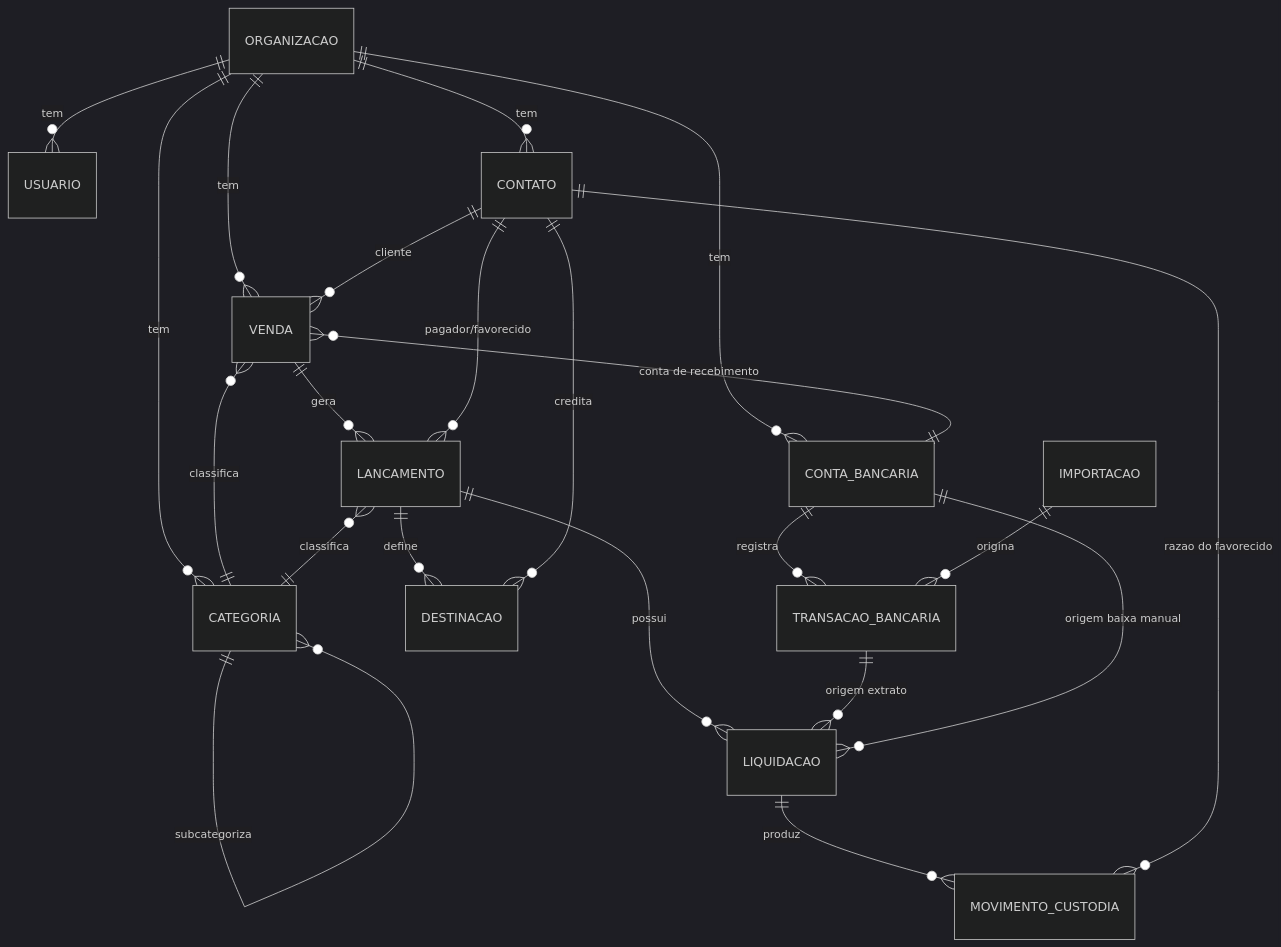
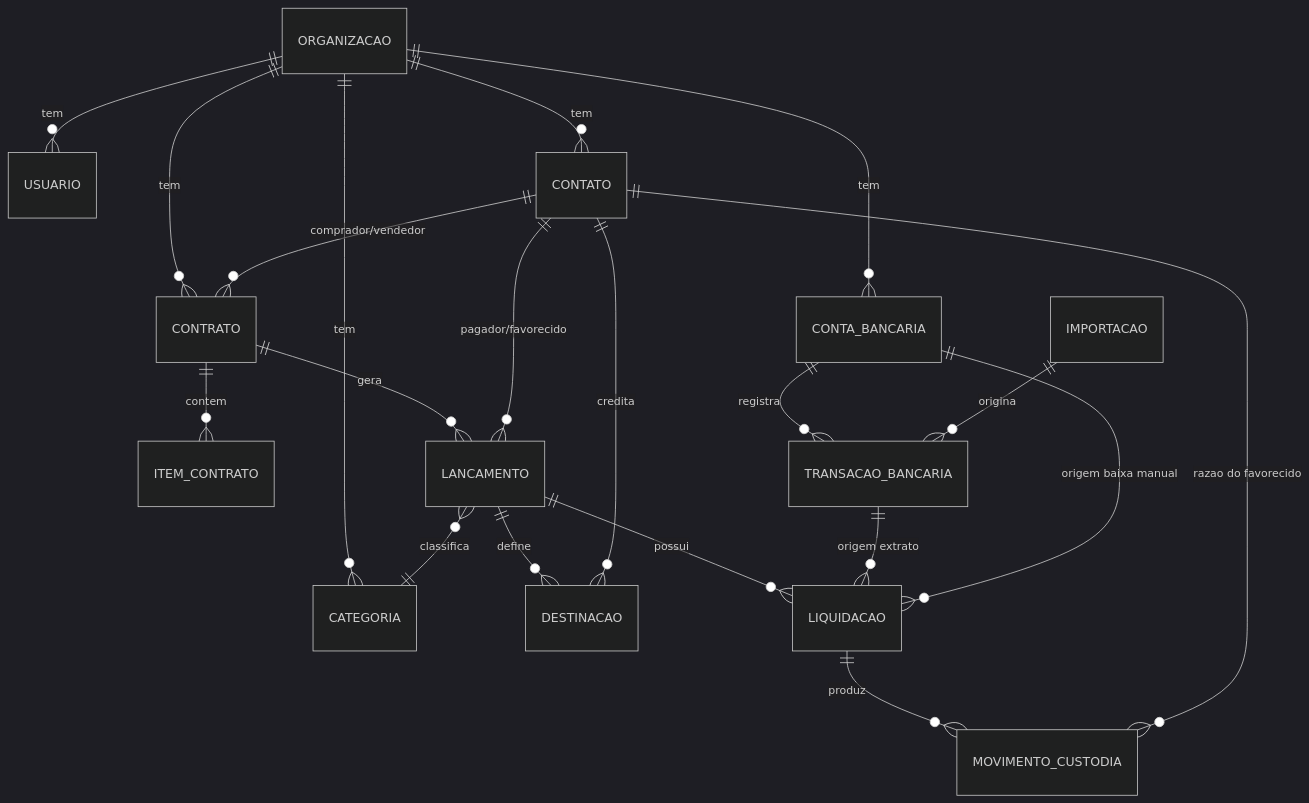
Before and after one commit to RafaRafa26/capi: the diagram in ARQUITETURA.md, drawn with Mermaid (dark theme). The commit also changed other lines of this file, not shown here.

````diff
--- a/ARQUITETURA.md
+++ b/ARQUITETURA.md
@@ -131,29 +123,27 @@
 ```mermaid
 erDiagram
     ORGANIZACAO ||--o{ USUARIO : tem
     ORGANIZACAO ||--o{ CONTATO : tem
     ORGANIZACAO ||--o{ CONTA_BANCARIA : tem
     ORGANIZACAO ||--o{ CATEGORIA : tem
-    ORGANIZACAO ||--o{ VENDA : tem
-    CATEGORIA ||--o{ CATEGORIA : subcategoriza
+    ORGANIZACAO ||--o{ CONTRATO : tem
 
-    VENDA ||--o{ LANCAMENTO : gera
-    VENDA }o--|| CATEGORIA : classifica
-    VENDA }o--|| CONTA_BANCARIA : "conta de recebimento"
-    CONTATO ||--o{ VENDA : cliente
+    CONTRATO ||--o{ ITEM_CONTRATO : contem
+    CONTRATO ||--o{ LANCAMENTO : gera
+    CONTATO ||--o{ CONTRATO : "comprador/vendedor"
 
     LANCAMENTO ||--o{ DESTINACAO : define
     LANCAMENTO ||--o{ LIQUIDACAO : possui
     LANCAMENTO }o--|| CATEGORIA : classifica
     LANCAMENTO }o--|| CONTATO : "pagador/favorecido"
 
     DESTINACAO }o--|| CONTATO : credita
 
     CONTA_BANCARIA ||--o{ TRANSACAO_BANCARIA : registra
     IMPORTACAO ||--o{ TRANSACAO_BANCARIA : origina
     TRANSACAO_BANCARIA ||--o{ LIQUIDACAO : "origem extrato"
     CONTA_BANCARIA ||--o{ LIQUIDACAO : "origem baixa manual"
 
     LIQUIDACAO ||--o{ MOVIMENTO_CUSTODIA : produz
     CONTATO ||--o{ MOVIMENTO_CUSTODIA : "razao do favorecido"
 ```
````
